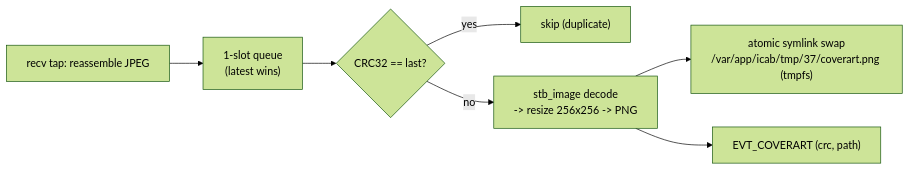
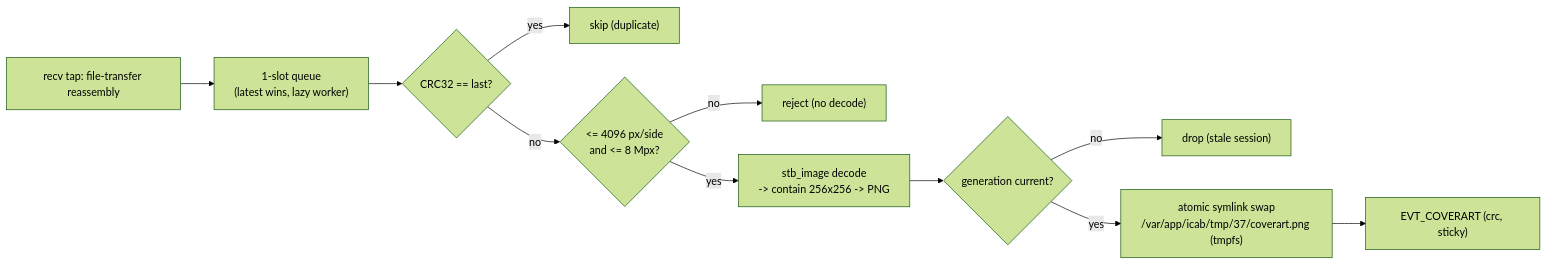
Before and after one commit to HahnRobin/mib2q-carplay-rgi: the diagram in docs/hook/cover-art.md, drawn with Mermaid (forest theme). The commit also changed other lines of this file and 37 other files, not shown here.

````diff
--- a/docs/hook/cover-art.md
+++ b/docs/hook/cover-art.md
@@ -34,12 +59,16 @@
 ```mermaid
 flowchart LR
     accTitle: Cover art decode worker
-    accDescr: Reassembled JPEGs go through a one-slot queue, duplicates are skipped by CRC32, and new images are decoded, resized to a PNG, swapped in atomically and announced with EVT_COVERART.
+    accDescr: Reassembled artwork goes through a one-slot queue, duplicates are skipped by CRC32, oversized images are rejected before decode, new images are decoded, resized to a PNG, and published only if their Identify generation is still current.
 
-    recv["recv tap: reassemble JPEG"] --> q["1-slot queue<br/>(latest wins)"]
+    recv["recv tap: file-transfer reassembly"] --> q["1-slot queue<br/>(latest wins, lazy worker)"]
     q --> crc{"CRC32 == last?"}
     crc -- "yes" --> skip["skip (duplicate)"]
-    crc -- "no" --> dec["stb_image decode<br/>-> resize 256x256 -> PNG"]
-    dec --> fs["atomic symlink swap<br/>/var/app/icab/tmp/37/coverart.png (tmpfs)"]
-    dec --> ev["EVT_COVERART (crc, path)"]
+    crc -- "no" --> dim{"<= 4096 px/side<br/>and <= 8 Mpx?"}
+    dim -- "no" --> rej["reject (no decode)"]
+    dim -- "yes" --> dec["stb_image decode<br/>-> contain 256x256 -> PNG"]
+    dec --> gen{"generation current?"}
+    gen -- "no" --> drop["drop (stale session)"]
+    gen -- "yes" --> fs["atomic symlink swap<br/>/var/app/icab/tmp/37/coverart.png (tmpfs)"]
+    fs --> ev["EVT_COVERART (crc, sticky)"]
 ```
````
